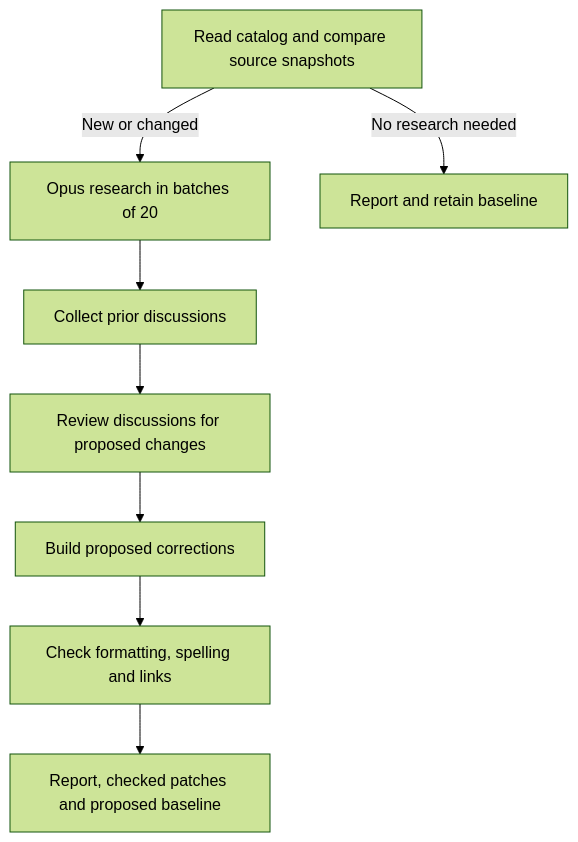
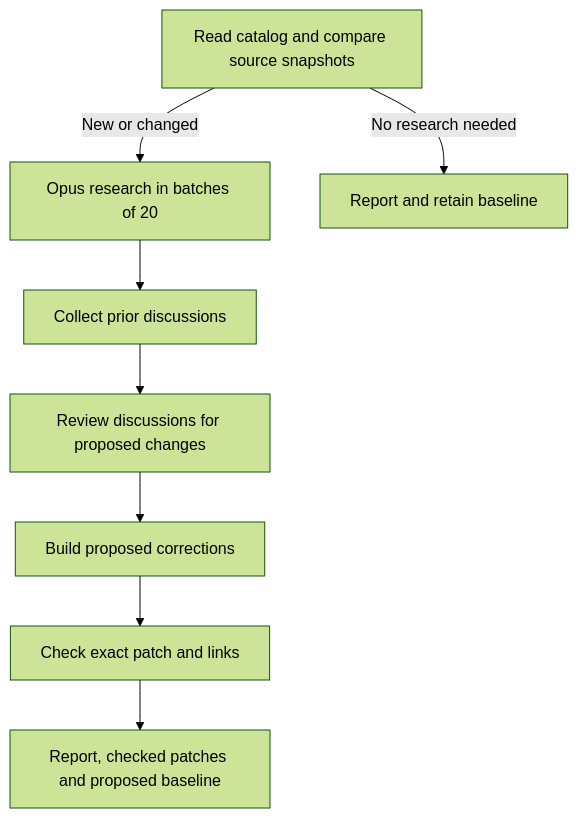
One commit to bromanko/awesome-space changed the diagram in .um/freshness/README.md. Above: the diagram before and after it, drawn with Mermaid (forest theme). The commit also changed other lines of this file and 8 other files, not shown here.

````diff
--- a/.um/freshness/README.md
+++ b/.um/freshness/README.md
@@ -27,11 +27,11 @@
 ```mermaid
 flowchart TD
   prepareCatalog[Read catalog and compare source snapshots]
   prepareCatalog -->|New or changed| investigateEntries[Opus research in batches of 20]
   prepareCatalog -->|No research needed| renderUnchanged[Report and retain baseline]
   investigateEntries --> collectHistory[Collect prior discussions]
   collectHistory --> reviewHistory[Review discussions for proposed changes]
   reviewHistory --> buildCorrections[Build proposed corrections]
-  buildCorrections --> validateCorrections[Check formatting, spelling and links]
+  buildCorrections --> validateCorrections[Check exact patch and links]
   validateCorrections --> renderPreview[Report, checked patches and proposed baseline]
 ```
````
